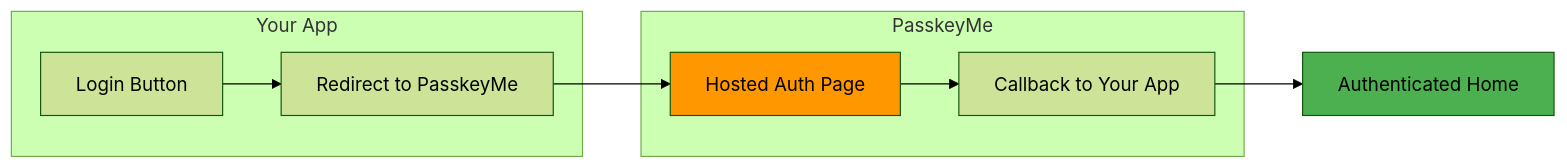
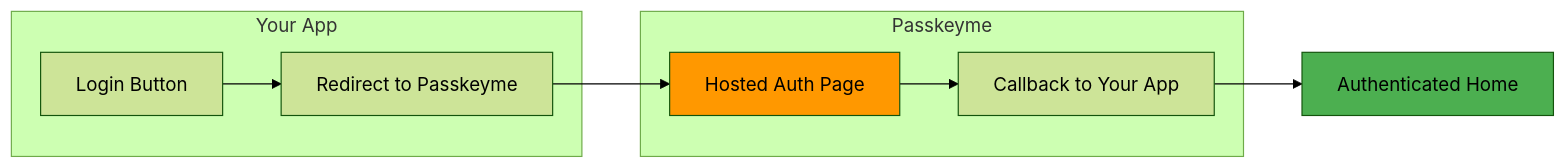
One commit to justincrosbie/passkeyme-docs changed the seventh of 9 diagrams in docs/getting-started/architecture.md. Above: the diagram before and after it, drawn with Mermaid (forest theme). The commit also changed other lines of this file and 39 other files, not shown here.

````diff
--- a/docs/getting-started/architecture.md
+++ b/docs/getting-started/architecture.md
@@ -223,16 +223,16 @@
 ```mermaid
 graph LR
     subgraph "Your App"
-        BTN[Login Button] --> REDIRECT[Redirect to PasskeyMe]
+        BTN[Login Button] --> REDIRECT[Redirect to Passkeyme]
     end
     
-    subgraph "PasskeyMe"
+    subgraph "Passkeyme"
         REDIRECT --> HOSTED[Hosted Auth Page]
         HOSTED --> CALLBACK[Callback to Your App]
     end
     
     CALLBACK --> HOME[Authenticated Home]
     
     style HOSTED fill:#FF9800
     style HOME fill:#4CAF50
 ```
````
